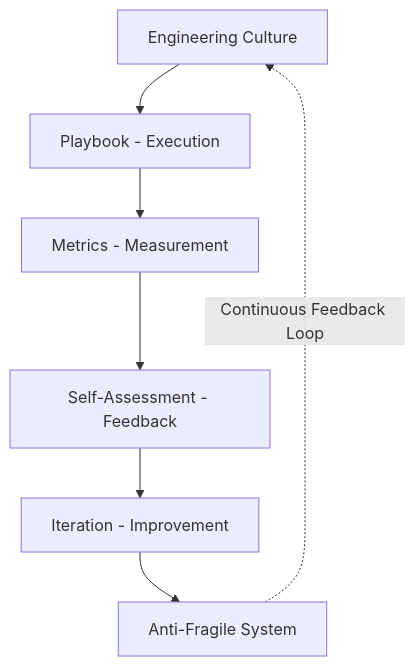
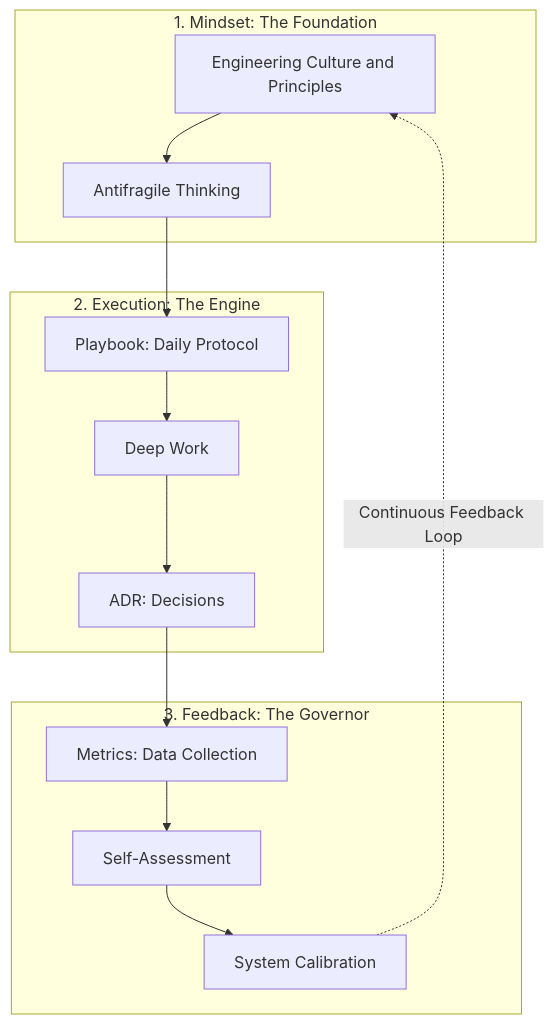
The diagram in README.md (HawkN113/CRAFTER-OS), drawn with Mermaid before and after one commit. The commit also changed other lines of this file and 9 other files, not shown here.

````diff
--- a/README.md
+++ b/README.md
@@ -45,9 +45,24 @@
 ```mermaid
 graph TD
-    A[Engineering Culture] --> B[Playbook - Execution]
-    B --> C[Metrics - Measurement]
-    C --> D[Self-Assessment - Feedback]
-    D --> E[Iteration - Improvement]
-    E --> F[Anti-Fragile System]
-    F -.-> |Continuous Feedback Loop| A
+    %% Mindset Layer
+    subgraph Mindset_Layer [1. Mindset: The Foundation]
+        A[Engineering Culture and Principles] --> B[Antifragile Thinking]
+    end
+
+    %% Execution Layer
+    subgraph Execution_Layer [2. Execution: The Engine]
+        B --> C[Playbook: Daily Protocol]
+        C --> D[Deep Work]
+        D --> E[ADR: Decisions]
+    end
+
+    %% Feedback Layer
+    subgraph Feedback_Layer [3. Feedback: The Governor]
+        E --> F[Metrics: Data Collection]
+        F --> G[Self-Assessment]
+        G --> H[System Calibration]
+    end
+
+    %% The Continuous Loop
+    H -.-> |Continuous Feedback Loop| A
 ```
````
